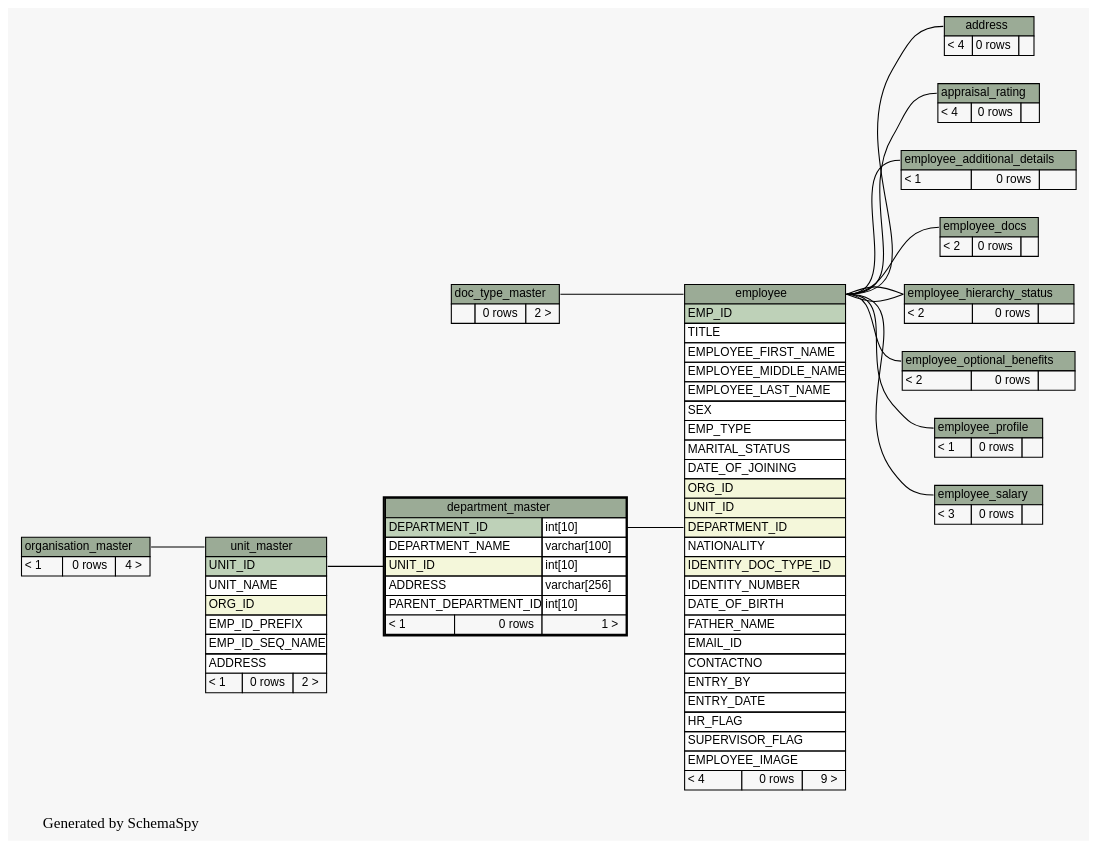
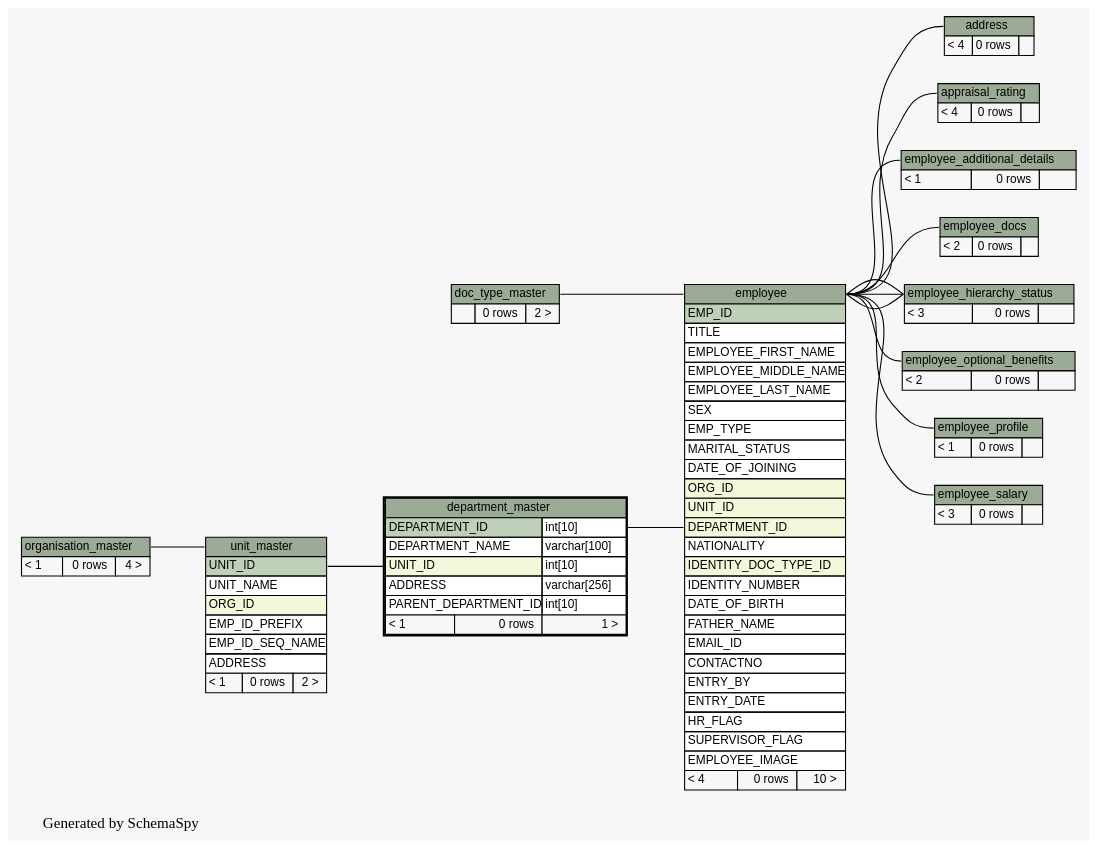
Before and after one commit to engineerscraft/hrms: the diagram in docs/database/schemaspy/graphs/department_master.2degrees.dot, drawn with Graphviz. The commit also changed 178 other files, not shown here.

```diff
--- a/docs/database/schemaspy/graphs/department_master.2degrees.dot
+++ b/docs/database/schemaspy/graphs/department_master.2degrees.dot
@@ -1,182 +1,183 @@
 // dot 2.38.0 on Windows 7 6.1
 digraph "twoDegreesRelationshipsGraph" {
   graph [
     rankdir="RL"
     bgcolor="#f7f7f7"
     label="\nGenerated by SchemaSpy"
     labeljust="l"
   ];
   node [
     fontname="Helvetica"
     fontsize="11"
     shape="plaintext"
   ];
   edge [
     arrowsize="0.8"
   ];
   "address":"address.heading":w -> "employee":"employee.heading":e [arrowtail=tee arrowhead=none];
   "appraisal_rating":"appraisal_rating.heading":w -> "employee":"employee.heading":e [arrowtail=crowtee arrowhead=none];
   "department_master":"UNIT_ID":w -> "unit_master":"UNIT_ID":e [arrowtail=crowodot arrowhead=none];
   "employee":"DEPARTMENT_ID":w -> "department_master":"DEPARTMENT_ID.type":e [arrowtail=crowodot arrowhead=none];
   "employee":"employee.heading":w -> "doc_type_master":"doc_type_master.heading":e [arrowtail=crowodot arrowhead=none];
   "employee_additional_details":"employee_additional_details.heading":w -> "employee":"employee.heading":e [arrowtail=tee arrowhead=none];
   "employee_docs":"employee_docs.heading":w -> "employee":"employee.heading":e [arrowtail=crowtee arrowhead=none];
   "employee_hierarchy_status":"employee_hierarchy_status.heading":w -> "employee":"employee.heading":e [arrowtail=tee arrowhead=none];
+  "employee_hierarchy_status":"employee_hierarchy_status.heading":w -> "employee":"employee.heading":e [arrowtail=crowodot arrowhead=none];
   "employee_hierarchy_status":"employee_hierarchy_status.heading":w -> "employee":"employee.heading":e [arrowtail=crowodot arrowhead=none];
   "employee_optional_benefits":"employee_optional_benefits.heading":w -> "employee":"employee.heading":e [arrowtail=crowodot arrowhead=none];
   "employee_profile":"employee_profile.heading":w -> "employee":"employee.heading":e [arrowtail=tee arrowhead=none];
   "employee_salary":"employee_salary.heading":w -> "employee":"employee.heading":e [arrowtail=crowtee arrowhead=none];
   "unit_master":"unit_master.heading":w -> "organisation_master":"organisation_master.heading":e [arrowtail=crowodot arrowhead=none];
   "address" [
     label=<
     <TABLE BORDER="0" CELLBORDER="1" CELLSPACING="0" BGCOLOR="#ffffff">
       <TR><TD PORT="address.heading" COLSPAN="3" BGCOLOR="#9bab96" ALIGN="CENTER">address</TD></TR>
       <TR><TD ALIGN="LEFT" BGCOLOR="#f7f7f7">&lt; 4</TD><TD ALIGN="RIGHT" BGCOLOR="#f7f7f7">0 rows</TD><TD ALIGN="RIGHT" BGCOLOR="#f7f7f7">  </TD></TR>
     </TABLE>>
     URL="address.html#graph"
     tooltip="address"
   ];
   "appraisal_rating" [
     label=<
     <TABLE BORDER="0" CELLBORDER="1" CELLSPACING="0" BGCOLOR="#ffffff">
       <TR><TD PORT="appraisal_rating.heading" COLSPAN="3" BGCOLOR="#9bab96" ALIGN="CENTER">appraisal_rating</TD></TR>
       <TR><TD ALIGN="LEFT" BGCOLOR="#f7f7f7">&lt; 4</TD><TD ALIGN="RIGHT" BGCOLOR="#f7f7f7">0 rows</TD><TD ALIGN="RIGHT" BGCOLOR="#f7f7f7">  </TD></TR>
     </TABLE>>
     URL="appraisal_rating.html#graph"
     tooltip="appraisal_rating"
   ];
   "department_master" [
     label=<
     <TABLE BORDER="2" CELLBORDER="1" CELLSPACING="0" BGCOLOR="#ffffff">
       <TR><TD PORT="department_master.heading" COLSPAN="3" BGCOLOR="#9bab96" ALIGN="CENTER">department_master</TD></TR>
       <TR><TD PORT="DEPARTMENT_ID" COLSPAN="2" BGCOLOR="#bed1b8" ALIGN="LEFT">DEPARTMENT_ID</TD><TD PORT="DEPARTMENT_ID.type" ALIGN="LEFT">int[10]</TD></TR>
       <TR><TD PORT="DEPARTMENT_NAME" COLSPAN="2" ALIGN="LEFT">DEPARTMENT_NAME</TD><TD PORT="DEPARTMENT_NAME.type" ALIGN="LEFT">varchar[100]</TD></TR>
       <TR><TD PORT="UNIT_ID" COLSPAN="2" BGCOLOR="#f4f7da" ALIGN="LEFT">UNIT_ID</TD><TD PORT="UNIT_ID.type" ALIGN="LEFT">int[10]</TD></TR>
       <TR><TD PORT="ADDRESS" COLSPAN="2" ALIGN="LEFT">ADDRESS</TD><TD PORT="ADDRESS.type" ALIGN="LEFT">varchar[256]</TD></TR>
       <TR><TD PORT="PARENT_DEPARTMENT_ID" COLSPAN="2" ALIGN="LEFT">PARENT_DEPARTMENT_ID</TD><TD PORT="PARENT_DEPARTMENT_ID.type" ALIGN="LEFT">int[10]</TD></TR>
       <TR><TD ALIGN="LEFT" BGCOLOR="#f7f7f7">&lt; 1</TD><TD ALIGN="RIGHT" BGCOLOR="#f7f7f7">0 rows</TD><TD ALIGN="RIGHT" BGCOLOR="#f7f7f7">1 &gt;</TD></TR>
     </TABLE>>
     URL="department_master.html#"
     tooltip="department_master"
   ];
   "doc_type_master" [
     label=<
     <TABLE BORDER="0" CELLBORDER="1" CELLSPACING="0" BGCOLOR="#ffffff">
       <TR><TD PORT="doc_type_master.heading" COLSPAN="3" BGCOLOR="#9bab96" ALIGN="CENTER">doc_type_master</TD></TR>
       <TR><TD ALIGN="LEFT" BGCOLOR="#f7f7f7">  </TD><TD ALIGN="RIGHT" BGCOLOR="#f7f7f7">0 rows</TD><TD ALIGN="RIGHT" BGCOLOR="#f7f7f7">2 &gt;</TD></TR>
     </TABLE>>
     URL="doc_type_master.html#graph"
     tooltip="doc_type_master"
   ];
   "employee" [
     label=<
     <TABLE BORDER="0" CELLBORDER="1" CELLSPACING="0" BGCOLOR="#ffffff">
       <TR><TD PORT="employee.heading" COLSPAN="3" BGCOLOR="#9bab96" ALIGN="CENTER">employee</TD></TR>
       <TR><TD PORT="EMP_ID" COLSPAN="3" BGCOLOR="#bed1b8" ALIGN="LEFT">EMP_ID</TD></TR>
       <TR><TD PORT="TITLE" COLSPAN="3" ALIGN="LEFT">TITLE</TD></TR>
       <TR><TD PORT="EMPLOYEE_FIRST_NAME" COLSPAN="3" ALIGN="LEFT">EMPLOYEE_FIRST_NAME</TD></TR>
       <TR><TD PORT="EMPLOYEE_MIDDLE_NAME" COLSPAN="3" ALIGN="LEFT">EMPLOYEE_MIDDLE_NAME</TD></TR>
       <TR><TD PORT="EMPLOYEE_LAST_NAME" COLSPAN="3" ALIGN="LEFT">EMPLOYEE_LAST_NAME</TD></TR>
       <TR><TD PORT="SEX" COLSPAN="3" ALIGN="LEFT">SEX</TD></TR>
       <TR><TD PORT="EMP_TYPE" COLSPAN="3" ALIGN="LEFT">EMP_TYPE</TD></TR>
       <TR><TD PORT="MARITAL_STATUS" COLSPAN="3" ALIGN="LEFT">MARITAL_STATUS</TD></TR>
       <TR><TD PORT="DATE_OF_JOINING" COLSPAN="3" ALIGN="LEFT">DATE_OF_JOINING</TD></TR>
       <TR><TD PORT="ORG_ID" COLSPAN="3" BGCOLOR="#f4f7da" ALIGN="LEFT">ORG_ID</TD></TR>
       <TR><TD PORT="UNIT_ID" COLSPAN="3" BGCOLOR="#f4f7da" ALIGN="LEFT">UNIT_ID</TD></TR>
       <TR><TD PORT="DEPARTMENT_ID" COLSPAN="3" BGCOLOR="#f4f7da" ALIGN="LEFT">DEPARTMENT_ID</TD></TR>
       <TR><TD PORT="NATIONALITY" COLSPAN="3" ALIGN="LEFT">NATIONALITY</TD></TR>
       <TR><TD PORT="IDENTITY_DOC_TYPE_ID" COLSPAN="3" BGCOLOR="#f4f7da" ALIGN="LEFT">IDENTITY_DOC_TYPE_ID</TD></TR>
       <TR><TD PORT="IDENTITY_NUMBER" COLSPAN="3" ALIGN="LEFT">IDENTITY_NUMBER</TD></TR>
       <TR><TD PORT="DATE_OF_BIRTH" COLSPAN="3" ALIGN="LEFT">DATE_OF_BIRTH</TD></TR>
       <TR><TD PORT="FATHER_NAME" COLSPAN="3" ALIGN="LEFT">FATHER_NAME</TD></TR>
       <TR><TD PORT="EMAIL_ID" COLSPAN="3" ALIGN="LEFT">EMAIL_ID</TD></TR>
       <TR><TD PORT="CONTACTNO" COLSPAN="3" ALIGN="LEFT">CONTACTNO</TD></TR>
       <TR><TD PORT="ENTRY_BY" COLSPAN="3" ALIGN="LEFT">ENTRY_BY</TD></TR>
       <TR><TD PORT="ENTRY_DATE" COLSPAN="3" ALIGN="LEFT">ENTRY_DATE</TD></TR>
       <TR><TD PORT="HR_FLAG" COLSPAN="3" ALIGN="LEFT">HR_FLAG</TD></TR>
       <TR><TD PORT="SUPERVISOR_FLAG" COLSPAN="3" ALIGN="LEFT">SUPERVISOR_FLAG</TD></TR>
       <TR><TD PORT="EMPLOYEE_IMAGE" COLSPAN="3" ALIGN="LEFT">EMPLOYEE_IMAGE</TD></TR>
-      <TR><TD ALIGN="LEFT" BGCOLOR="#f7f7f7">&lt; 4</TD><TD ALIGN="RIGHT" BGCOLOR="#f7f7f7">0 rows</TD><TD ALIGN="RIGHT" BGCOLOR="#f7f7f7">9 &gt;</TD></TR>
+      <TR><TD ALIGN="LEFT" BGCOLOR="#f7f7f7">&lt; 4</TD><TD ALIGN="RIGHT" BGCOLOR="#f7f7f7">0 rows</TD><TD ALIGN="RIGHT" BGCOLOR="#f7f7f7">10 &gt;</TD></TR>
     </TABLE>>
     URL="employee.html#graph"
     tooltip="employee"
   ];
   "employee_additional_details" [
     label=<
     <TABLE BORDER="0" CELLBORDER="1" CELLSPACING="0" BGCOLOR="#ffffff">
       <TR><TD PORT="employee_additional_details.heading" COLSPAN="3" BGCOLOR="#9bab96" ALIGN="CENTER">employee_additional_details</TD></TR>
       <TR><TD ALIGN="LEFT" BGCOLOR="#f7f7f7">&lt; 1</TD><TD ALIGN="RIGHT" BGCOLOR="#f7f7f7">0 rows</TD><TD ALIGN="RIGHT" BGCOLOR="#f7f7f7">  </TD></TR>
     </TABLE>>
     URL="employee_additional_details.html#graph"
     tooltip="employee_additional_details"
   ];
   "employee_docs" [
     label=<
     <TABLE BORDER="0" CELLBORDER="1" CELLSPACING="0" BGCOLOR="#ffffff">
       <TR><TD PORT="employee_docs.heading" COLSPAN="3" BGCOLOR="#9bab96" ALIGN="CENTER">employee_docs</TD></TR>
       <TR><TD ALIGN="LEFT" BGCOLOR="#f7f7f7">&lt; 2</TD><TD ALIGN="RIGHT" BGCOLOR="#f7f7f7">0 rows</TD><TD ALIGN="RIGHT" BGCOLOR="#f7f7f7">  </TD></TR>
     </TABLE>>
     URL="employee_docs.html#graph"
     tooltip="employee_docs"
   ];
   "employee_hierarchy_status" [
     label=<
     <TABLE BORDER="0" CELLBORDER="1" CELLSPACING="0" BGCOLOR="#ffffff">
       <TR><TD PORT="employee_hierarchy_status.heading" COLSPAN="3" BGCOLOR="#9bab96" ALIGN="CENTER">employee_hierarchy_status</TD></TR>
-      <TR><TD ALIGN="LEFT" BGCOLOR="#f7f7f7">&lt; 2</TD><TD ALIGN="RIGHT" BGCOLOR="#f7f7f7">0 rows</TD><TD ALIGN="RIGHT" BGCOLOR="#f7f7f7">  </TD></TR>
+      <TR><TD ALIGN="LEFT" BGCOLOR="#f7f7f7">&lt; 3</TD><TD ALIGN="RIGHT" BGCOLOR="#f7f7f7">0 rows</TD><TD ALIGN="RIGHT" BGCOLOR="#f7f7f7">  </TD></TR>
     </TABLE>>
     URL="employee_hierarchy_status.html#graph"
     tooltip="employee_hierarchy_status"
   ];
   "employee_optional_benefits" [
     label=<
     <TABLE BORDER="0" CELLBORDER="1" CELLSPACING="0" BGCOLOR="#ffffff">
       <TR><TD PORT="employee_optional_benefits.heading" COLSPAN="3" BGCOLOR="#9bab96" ALIGN="CENTER">employee_optional_benefits</TD></TR>
       <TR><TD ALIGN="LEFT" BGCOLOR="#f7f7f7">&lt; 2</TD><TD ALIGN="RIGHT" BGCOLOR="#f7f7f7">0 rows</TD><TD ALIGN="RIGHT" BGCOLOR="#f7f7f7">  </TD></TR>
     </TABLE>>
     URL="employee_optional_benefits.html#graph"
     tooltip="employee_optional_benefits"
   ];
   "employee_profile" [
     label=<
     <TABLE BORDER="0" CELLBORDER="1" CELLSPACING="0" BGCOLOR="#ffffff">
       <TR><TD PORT="employee_profile.heading" COLSPAN="3" BGCOLOR="#9bab96" ALIGN="CENTER">employee_profile</TD></TR>
       <TR><TD ALIGN="LEFT" BGCOLOR="#f7f7f7">&lt; 1</TD><TD ALIGN="RIGHT" BGCOLOR="#f7f7f7">0 rows</TD><TD ALIGN="RIGHT" BGCOLOR="#f7f7f7">  </TD></TR>
     </TABLE>>
     URL="employee_profile.html#graph"
     tooltip="employee_profile"
   ];
   "employee_salary" [
     label=<
     <TABLE BORDER="0" CELLBORDER="1" CELLSPACING="0" BGCOLOR="#ffffff">
       <TR><TD PORT="employee_salary.heading" COLSPAN="3" BGCOLOR="#9bab96" ALIGN="CENTER">employee_salary</TD></TR>
       <TR><TD ALIGN="LEFT" BGCOLOR="#f7f7f7">&lt; 3</TD><TD ALIGN="RIGHT" BGCOLOR="#f7f7f7">0 rows</TD><TD ALIGN="RIGHT" BGCOLOR="#f7f7f7">  </TD></TR>
     </TABLE>>
     URL="employee_salary.html#graph"
     tooltip="employee_salary"
   ];
   "organisation_master" [
     label=<
     <TABLE BORDER="0" CELLBORDER="1" CELLSPACING="0" BGCOLOR="#ffffff">
       <TR><TD PORT="organisation_master.heading" COLSPAN="3" BGCOLOR="#9bab96" ALIGN="CENTER">organisation_master</TD></TR>
       <TR><TD ALIGN="LEFT" BGCOLOR="#f7f7f7">&lt; 1</TD><TD ALIGN="RIGHT" BGCOLOR="#f7f7f7">0 rows</TD><TD ALIGN="RIGHT" BGCOLOR="#f7f7f7">4 &gt;</TD></TR>
     </TABLE>>
     URL="organisation_master.html#graph"
     tooltip="organisation_master"
   ];
   "unit_master" [
     label=<
     <TABLE BORDER="0" CELLBORDER="1" CELLSPACING="0" BGCOLOR="#ffffff">
       <TR><TD PORT="unit_master.heading" COLSPAN="3" BGCOLOR="#9bab96" ALIGN="CENTER">unit_master</TD></TR>
       <TR><TD PORT="UNIT_ID" COLSPAN="3" BGCOLOR="#bed1b8" ALIGN="LEFT">UNIT_ID</TD></TR>
       <TR><TD PORT="UNIT_NAME" COLSPAN="3" ALIGN="LEFT">UNIT_NAME</TD></TR>
       <TR><TD PORT="ORG_ID" COLSPAN="3" BGCOLOR="#f4f7da" ALIGN="LEFT">ORG_ID</TD></TR>
       <TR><TD PORT="EMP_ID_PREFIX" COLSPAN="3" ALIGN="LEFT">EMP_ID_PREFIX</TD></TR>
       <TR><TD PORT="EMP_ID_SEQ_NAME" COLSPAN="3" ALIGN="LEFT">EMP_ID_SEQ_NAME</TD></TR>
       <TR><TD PORT="ADDRESS" COLSPAN="3" ALIGN="LEFT">ADDRESS</TD></TR>
       <TR><TD ALIGN="LEFT" BGCOLOR="#f7f7f7">&lt; 1</TD><TD ALIGN="RIGHT" BGCOLOR="#f7f7f7">0 rows</TD><TD ALIGN="RIGHT" BGCOLOR="#f7f7f7">2 &gt;</TD></TR>
     </TABLE>>
     URL="unit_master.html#graph"
     tooltip="unit_master"
   ];
 }
```
